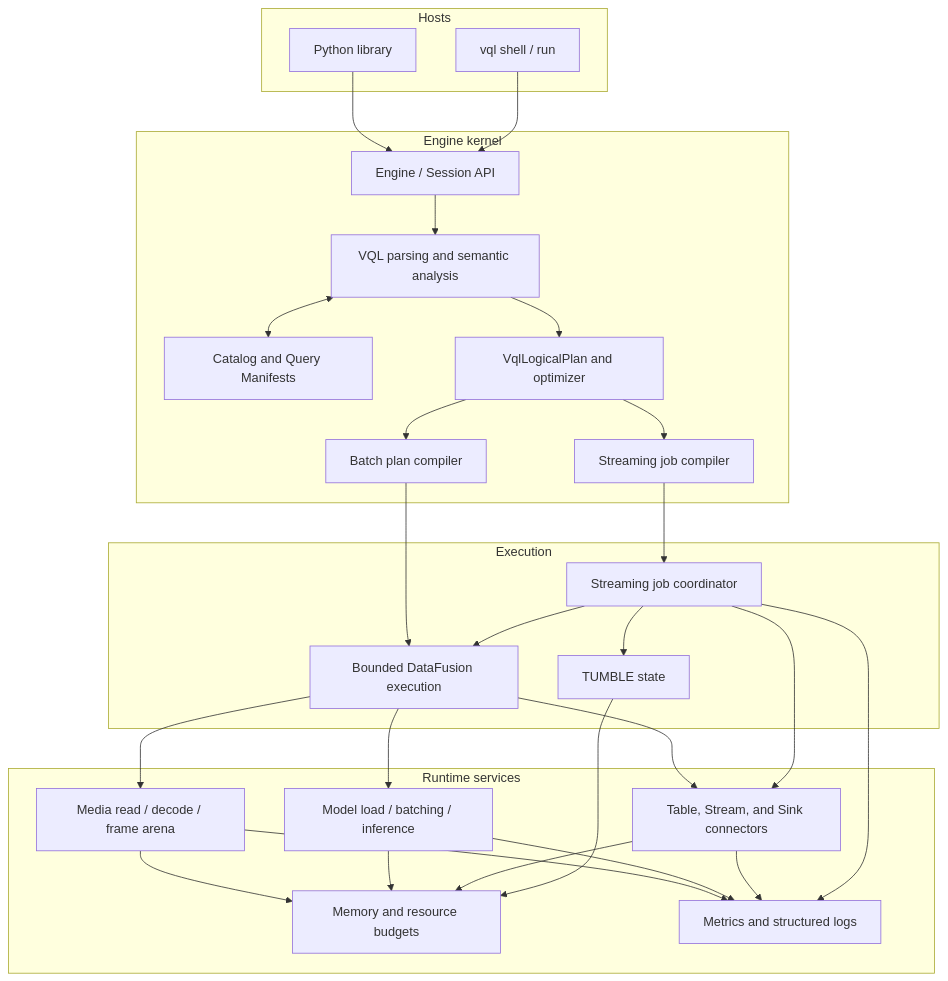
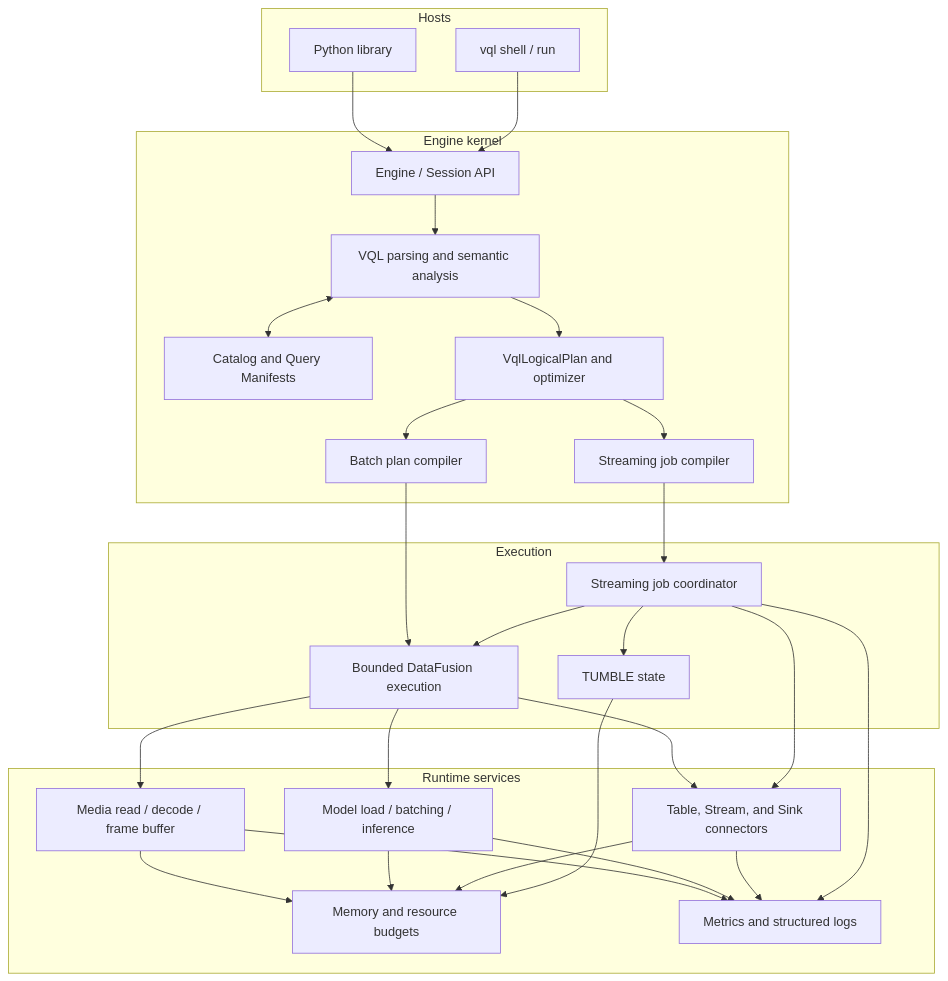
Before and after one commit to zhenlohuang/visionql: the first of 2 diagrams in docs/design.md, drawn with Mermaid. The commit also changed other lines of this file and 42 other files, not shown here.

````diff
--- a/docs/design.md
+++ b/docs/design.md
@@ -76,44 +76,44 @@
 ```mermaid
 flowchart TB
     subgraph HOSTS["Hosts"]
         PY["Python library"]
         CLI["vql shell / run"]
     end
 
     subgraph CORE["Engine kernel"]
         ENTRY["Engine / Session API"]
         SQL["VQL parsing and semantic analysis"]
         CAT["Catalog and Query Manifests"]
         PLAN["VqlLogicalPlan and optimizer"]
         BCOMP["Batch plan compiler"]
         SCOMP["Streaming job compiler"]
     end
 
     subgraph EXECUTION["Execution"]
         DF["Bounded DataFusion execution"]
         COORD["Streaming job coordinator"]
         STATE["TUMBLE state"]
     end
 
     subgraph RUNTIME["Runtime services"]
-        MEDIA["Media read / decode / frame arena"]
+        MEDIA["Media read / decode / frame buffer"]
         MODELS["Model load / batching / inference"]
         CONNECTORS["Table, Stream, and Sink connectors"]
         BUDGET["Memory and resource budgets"]
         METRICS["Metrics and structured logs"]
     end
 
     PY --> ENTRY
     CLI --> ENTRY
     ENTRY --> SQL
     SQL <--> CAT
     SQL --> PLAN
     PLAN --> BCOMP --> DF
     PLAN --> SCOMP --> COORD
     COORD --> DF
     COORD --> STATE
     DF --> MEDIA & MODELS & CONNECTORS
     COORD --> CONNECTORS
     MEDIA & MODELS & CONNECTORS & STATE --> BUDGET
     MEDIA & MODELS & CONNECTORS & COORD --> METRICS
 ```
````
